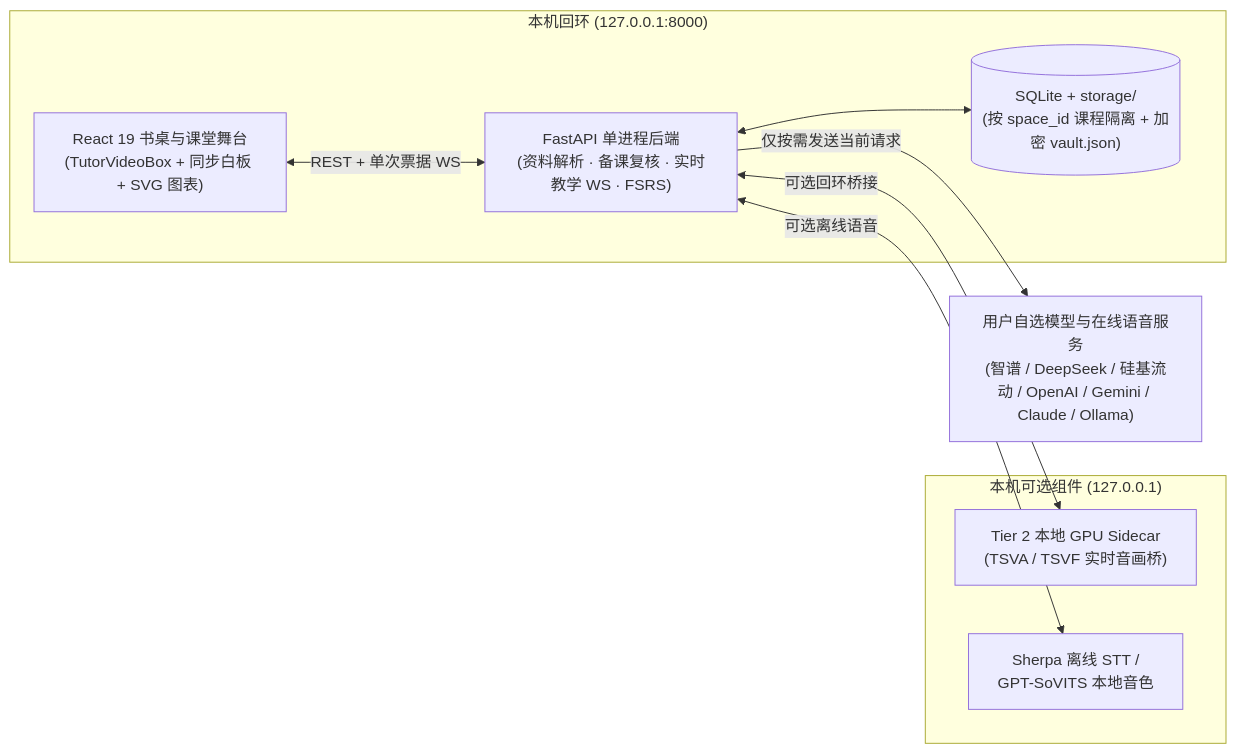
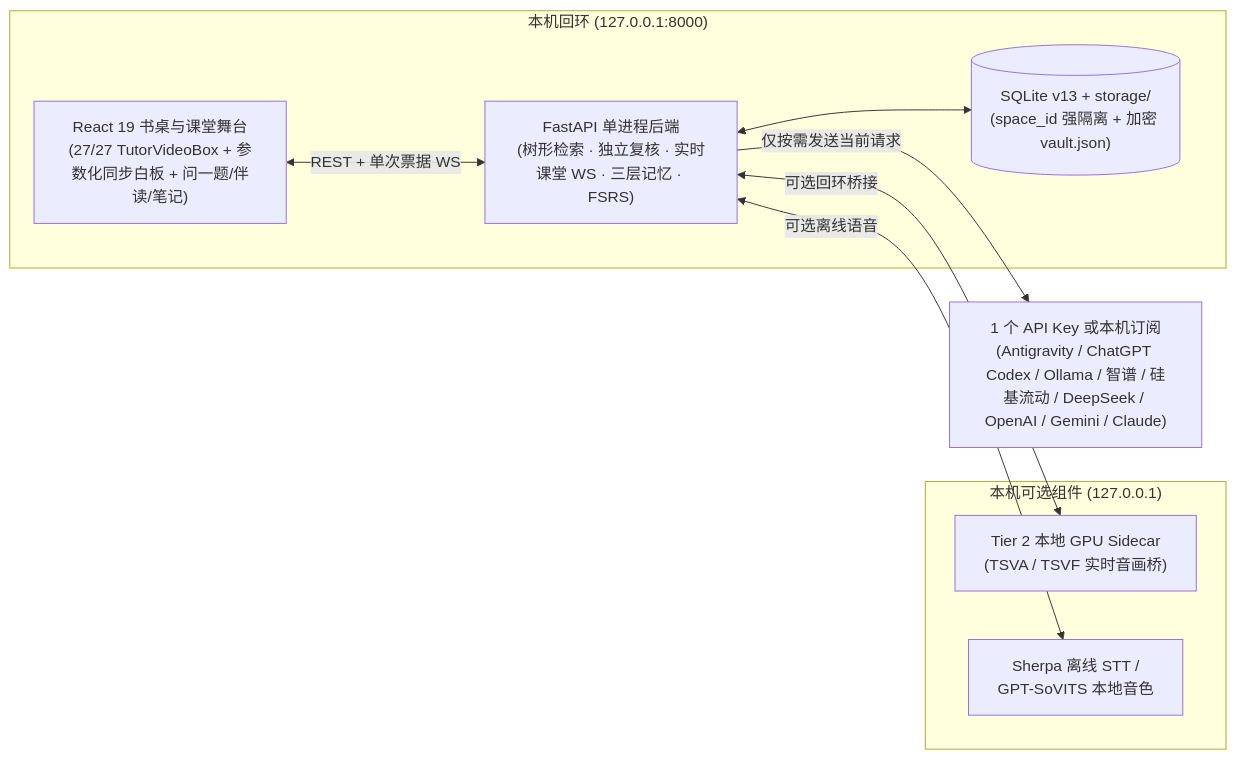
The diagram in README.md (Johnson-Durui/Companion-Space), drawn with Mermaid before and after one commit. The commit also changed other lines of this file and 22 other files, not shown here.

````diff
--- a/README.md
+++ b/README.md
@@ -194,21 +253,21 @@
 ```mermaid
 flowchart LR
   subgraph Local["本机回环 (127.0.0.1:8000)"]
-    UI["React 19 书桌与课堂舞台\n(TutorVideoBox + 同步白板 + SVG 图表)"]
-    API["FastAPI 单进程后端\n(资料解析 · 备课复核 · 实时教学 WS · FSRS)"]
-    DB[("SQLite + storage/\n(按 space_id 课程隔离 + 加密 vault.json)")]
+    UI["React 19 书桌与课堂舞台\n(27/27 TutorVideoBox + 参数化同步白板 + 问一题/伴读/笔记)"]
+    API["FastAPI 单进程后端\n(树形检索 · 独立复核 · 实时课堂 WS · 三层记忆 · FSRS)"]
+    DB[("SQLite v13 + storage/\n(space_id 强隔离 + 加密 vault.json)")]
     UI <-->|"REST + 单次票据 WS"| API
     API <--> DB
   end
 
   subgraph OptionalLocal["本机可选组件 (127.0.0.1)"]
     Sidecar["Tier 2 本地 GPU Sidecar\n(TSVA / TSVF 实时音画桥)"]
     VoiceLocal["Sherpa 离线 STT /\nGPT-SoVITS 本地音色"]
   end
 
-  Providers["用户自选模型与在线语音服务\n(智谱 / DeepSeek / 硅基流动 / OpenAI / Gemini / Claude / Ollama)"]
+  Providers["1 个 API Key 或本机订阅\n(Antigravity / ChatGPT Codex / Ollama / 智谱 / 硅基流动 / DeepSeek / OpenAI / Gemini / Claude)"]
 
   API <-->|"可选回环桥接"| Sidecar
   API <-->|"可选离线语音"| VoiceLocal
   API -->|"仅按需发送当前请求"| Providers
 ```
````
